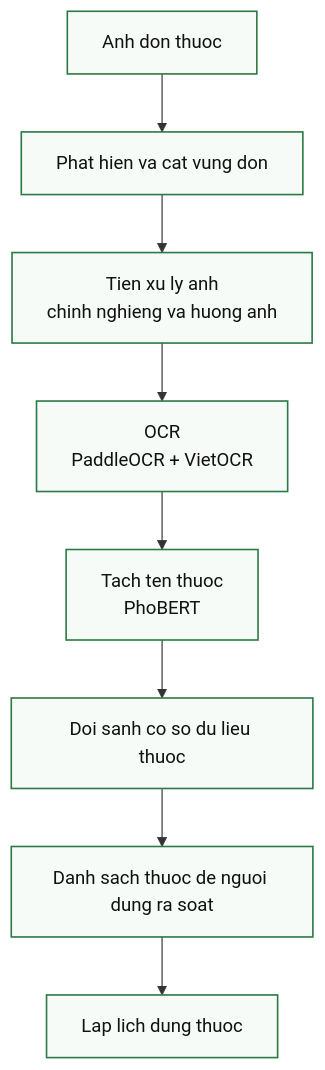
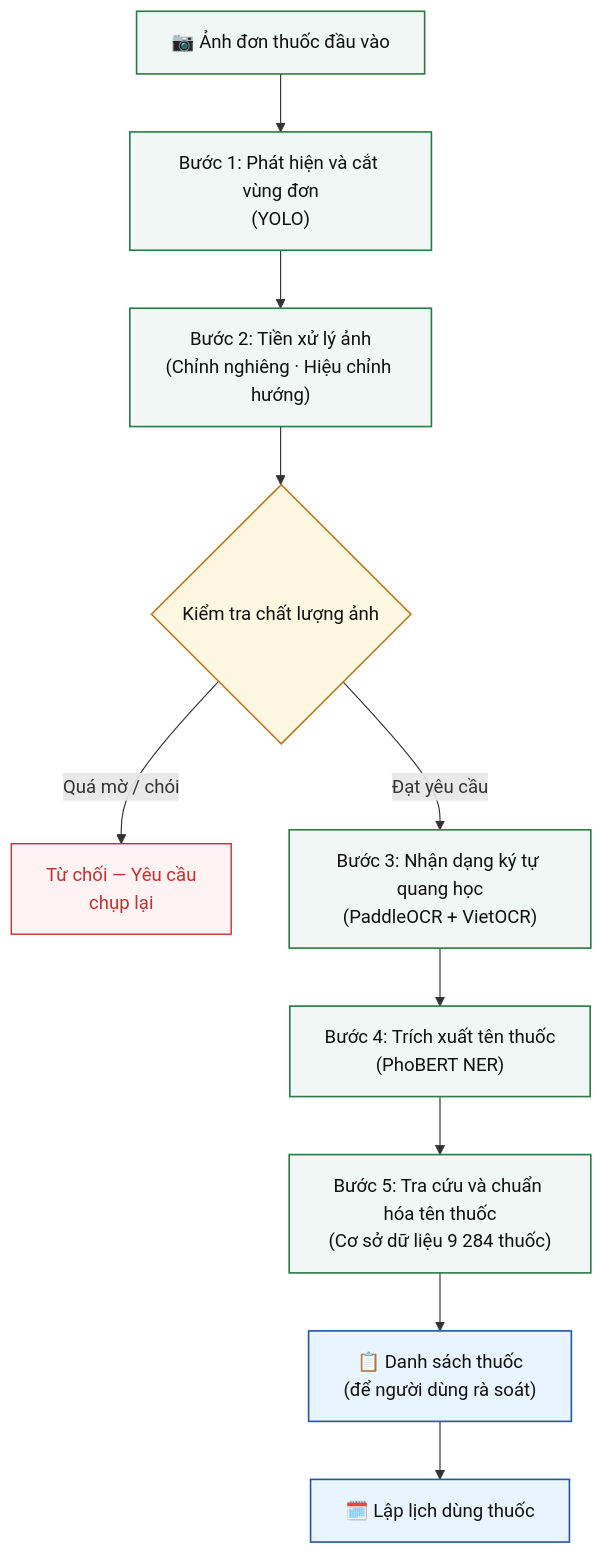
One commit to hongphuoc6104/medicineApp changed the diagram in docs/thesis_report/diagrams/scan_flow.mmd. Above: the diagram before and after it, drawn with Mermaid. The commit also changed 40 other files, not shown here.

```diff
--- a/docs/thesis_report/diagrams/scan_flow.mmd
+++ b/docs/thesis_report/diagrams/scan_flow.mmd
@@ -1,11 +1,26 @@
 flowchart TD
-    A["Anh don thuoc"] --> B["Phat hien va cat vung don"]
-    B --> C["Tien xu ly anh\nchinh nghieng va huong anh"]
-    C --> D["OCR\nPaddleOCR + VietOCR"]
-    D --> E["Tach ten thuoc\nPhoBERT"]
-    E --> F["Doi sanh co so du lieu thuoc"]
-    F --> G["Danh sach thuoc de nguoi dung ra soat"]
-    G --> H["Lap lich dung thuoc"]
+    A["📷 Ảnh đơn thuốc đầu vào"]
+    B["Bước 1: Phát hiện và cắt vùng đơn\n(YOLO)"]
+    C["Bước 2: Tiền xử lý ảnh\n(Chỉnh nghiêng · Hiệu chỉnh hướng)"]
+    QG{"Kiểm tra chất lượng ảnh"}
+    REJ["Từ chối — Yêu cầu\nchụp lại"]
+    D["Bước 3: Nhận dạng ký tự quang học\n(PaddleOCR + VietOCR)"]
+    E["Bước 4: Trích xuất tên thuốc\n(PhoBERT NER)"]
+    F["Bước 5: Tra cứu và chuẩn hóa tên thuốc\n(Cơ sở dữ liệu 9 284 thuốc)"]
+    G["📋 Danh sách thuốc\n(để người dùng rà soát)"]
+    H["🗓️ Lập lịch dùng thuốc"]
 
-    classDef box fill:#f6fbf8,stroke:#2d7a46,stroke-width:1.4px,color:#111;
-    class A,B,C,D,E,F,G,H box;
+    A --> B --> C --> QG
+    QG -->|"Đạt yêu cầu"| D
+    QG -->|"Quá mờ / chói"| REJ
+    D --> E --> F --> G --> H
+
+    classDef mainStep fill:#f0f7f4,stroke:#2d7a46,stroke-width:1.4px,color:#111
+    classDef decision fill:#fff8e1,stroke:#b7791f,stroke-width:1.4px,color:#111
+    classDef reject fill:#fff3f3,stroke:#c53030,stroke-width:1.2px,color:#c53030
+    classDef endpoint fill:#e8f4ff,stroke:#2457a5,stroke-width:1.4px,color:#111
+
+    class A,B,C,D,E,F mainStep
+    class QG decision
+    class REJ reject
+    class G,H endpoint
```
